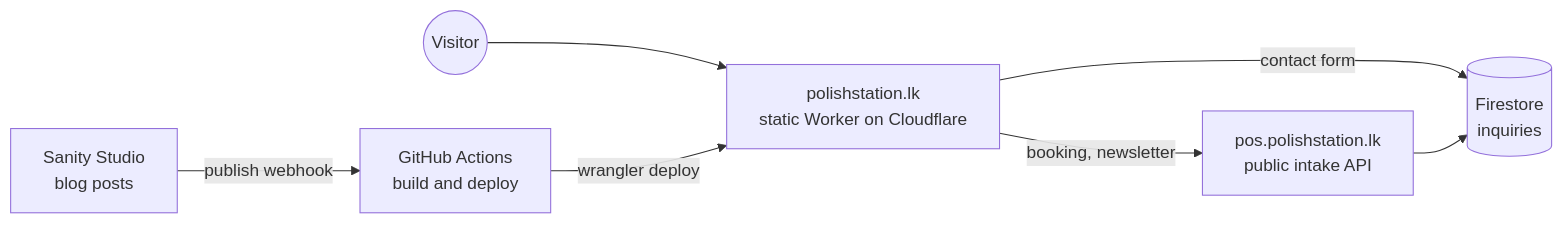
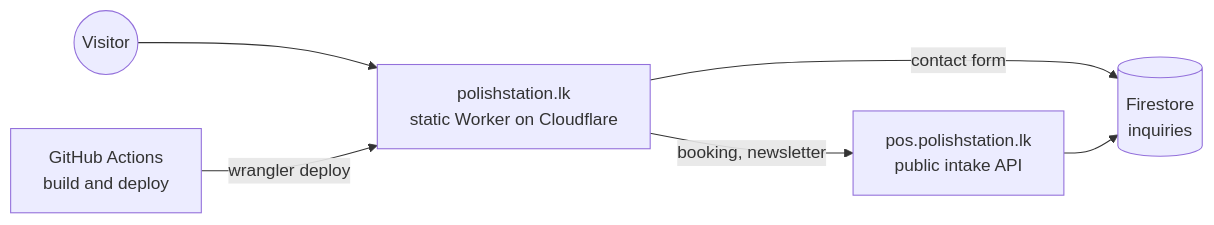
The first of 2 diagrams in README.md (saadmaz/Polish-Station-Website), drawn with Mermaid before and after one commit. The commit also changed other lines of this file and 37 other files, not shown here.

````diff
--- a/README.md
+++ b/README.md
@@ -88,9 +88,8 @@
 ```mermaid
 flowchart LR
   Visitor((Visitor)) --> Site["polishstation.lk<br/>static Worker on Cloudflare"]
   Site -- booking, newsletter --> POSAPI["pos.polishstation.lk<br/>public intake API"]
   Site -- contact form --> Firestore[("Firestore<br/>inquiries")]
   POSAPI --> Firestore
-  Sanity["Sanity Studio<br/>blog posts"] -- publish webhook --> GHA["GitHub Actions<br/>build and deploy"]
-  GHA -- wrangler deploy --> Site
+  GHA["GitHub Actions<br/>build and deploy"] -- wrangler deploy --> Site
 ```
````
